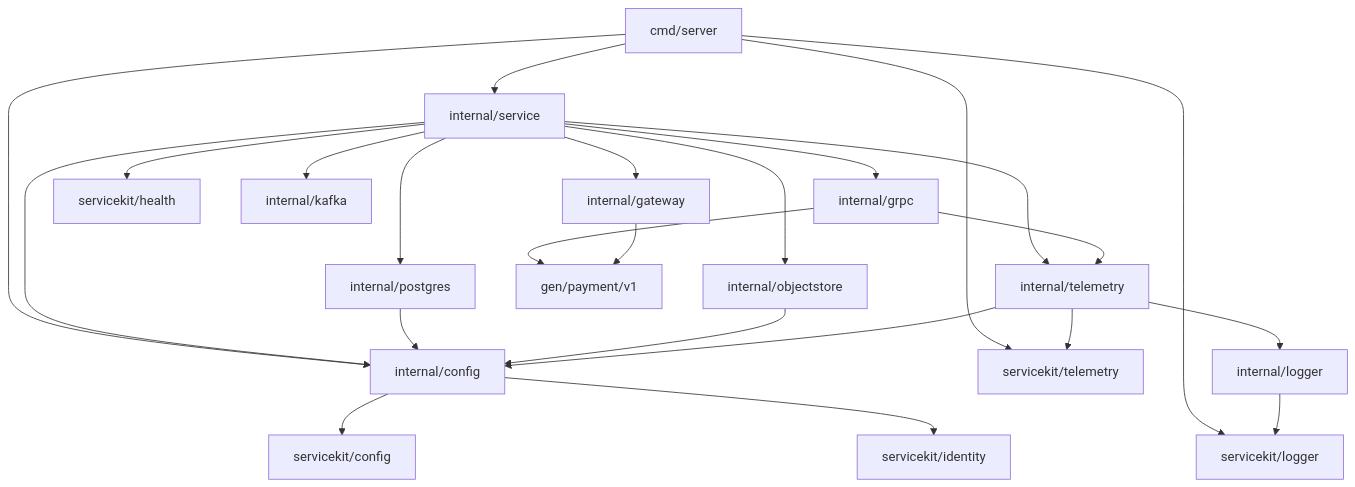
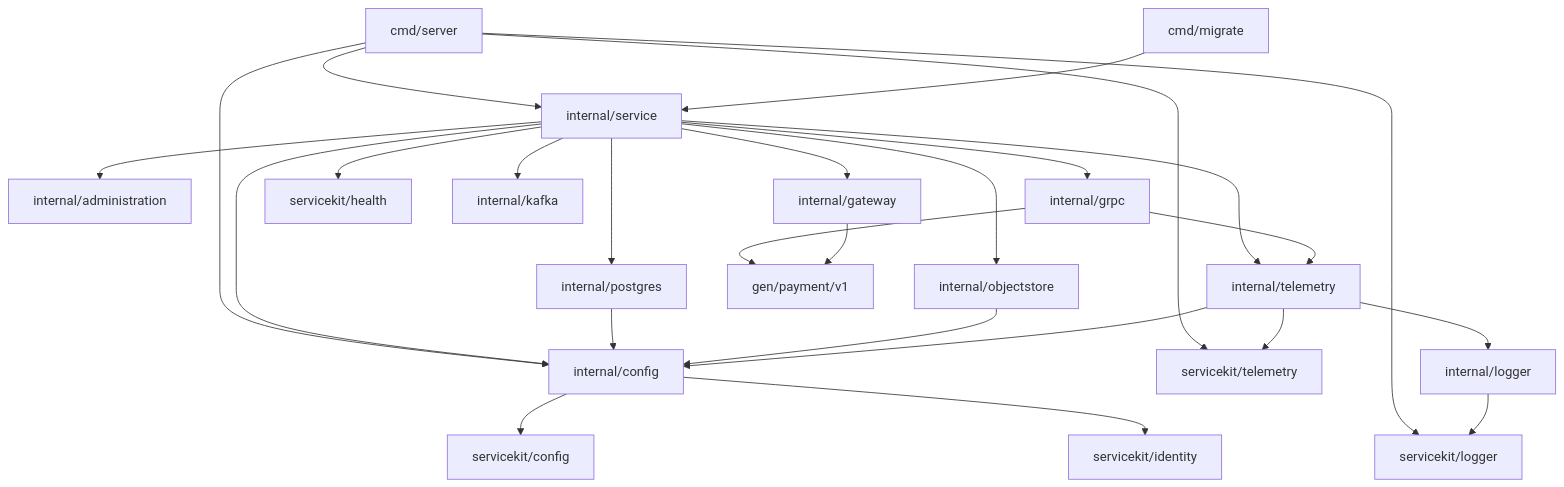
Before and after one commit to igor-baiborodine/insurance-hub: the diagram in services/payment-service/README.md, drawn with Mermaid. The commit also changed other lines of this file and 62 other files, not shown here.

First line of the commit message:
feat(payment): [issue-490] migrate the Payment PostgreSQL schema - PR1 (#497)

````diff
--- a/services/payment-service/README.md
+++ b/services/payment-service/README.md
@@ -375,26 +378,28 @@
 ```mermaid
 flowchart TD
     entry["cmd/server"] --> composition["internal/service"]
+    migrate["cmd/migrate"] --> composition
+    composition --> administration["internal/administration"]
     entry --> config["internal/config"]
     entry --> sharedLogger["servicekit/logger"]
     entry --> sharedTelemetry["servicekit/telemetry"]
     composition --> grpc["internal/grpc"]
     composition --> gateway["internal/gateway"]
     composition --> health["servicekit/health"]
     composition --> telemetry["internal/telemetry"]
     composition --> config
     composition --> postgres["internal/postgres"]
     composition --> objectstore["internal/objectstore"]
     composition --> kafka["internal/kafka"]
     postgres --> config
     objectstore --> config
     grpc --> telemetry
     grpc --> generated["gen/payment/v1"]
     gateway --> generated
     telemetry --> config
     telemetry --> logger["internal/logger"]
     telemetry --> sharedTelemetry
     logger --> sharedLogger
     config --> sharedConfig["servicekit/config"]
     config --> sharedIdentity["servicekit/identity"]
 ```
````
